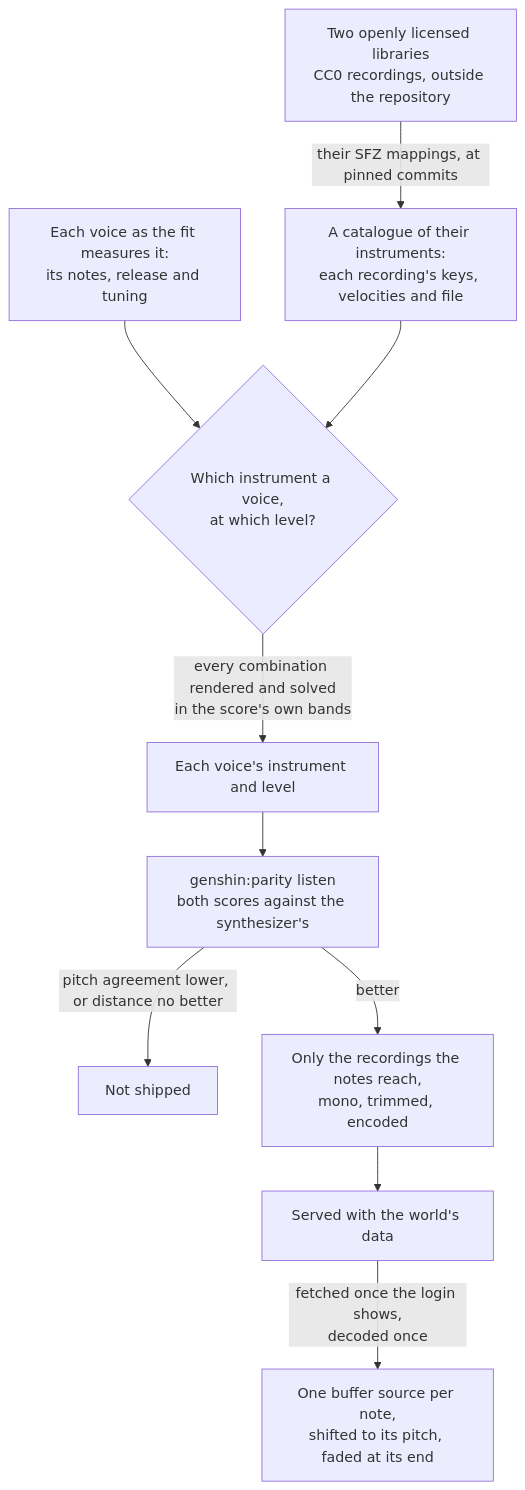
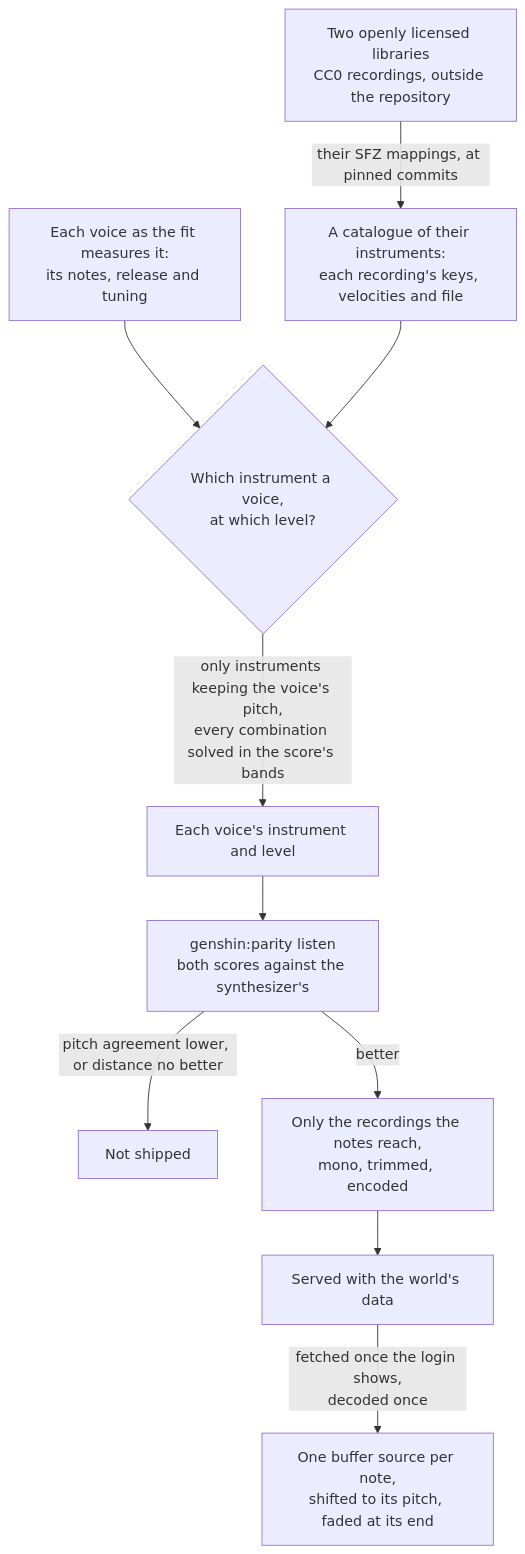
One commit to Esposter/Esposter changed the diagram in apps/web/content/docs/proposals/genshin/sampled-instruments.md. Above: the diagram before and after it, drawn with Mermaid. The commit also changed other lines of this file and 3 other files, not shown here.

````diff
--- a/apps/web/content/docs/proposals/genshin/sampled-instruments.md
+++ b/apps/web/content/docs/proposals/genshin/sampled-instruments.md
@@ -13,12 +13,12 @@
 ```mermaid
 flowchart TD
   L["Two openly licensed libraries<br/>CC0 recordings, outside the repository"] -->|"their SFZ mappings, at pinned commits"| C["A catalogue of their instruments:<br/>each recording's keys, velocities and file"]
   F["Each voice as the fit measures it:<br/>its notes, release and tuning"] --> S{"Which instrument a voice,<br/>at which level?"}
   C --> S
-  S -->|"every combination rendered and solved<br/>in the score's own bands"| P["Each voice's instrument and level"]
+  S -->|"only instruments keeping the voice's pitch,<br/>every combination solved in the score's bands"| P["Each voice's instrument and level"]
   P --> T["genshin:parity listen<br/>both scores against the synthesizer's"]
   T -->|"pitch agreement lower, or distance no better"| X["Not shipped"]
   T -->|"better"| E["Only the recordings the notes reach,<br/>mono, trimmed, encoded"]
   E --> W["Served with the world's data"]
   W -->|"fetched once the login shows,<br/>decoded once"| B["One buffer source per note,<br/>shifted to its pitch, faded at its end"]
 ```
````
